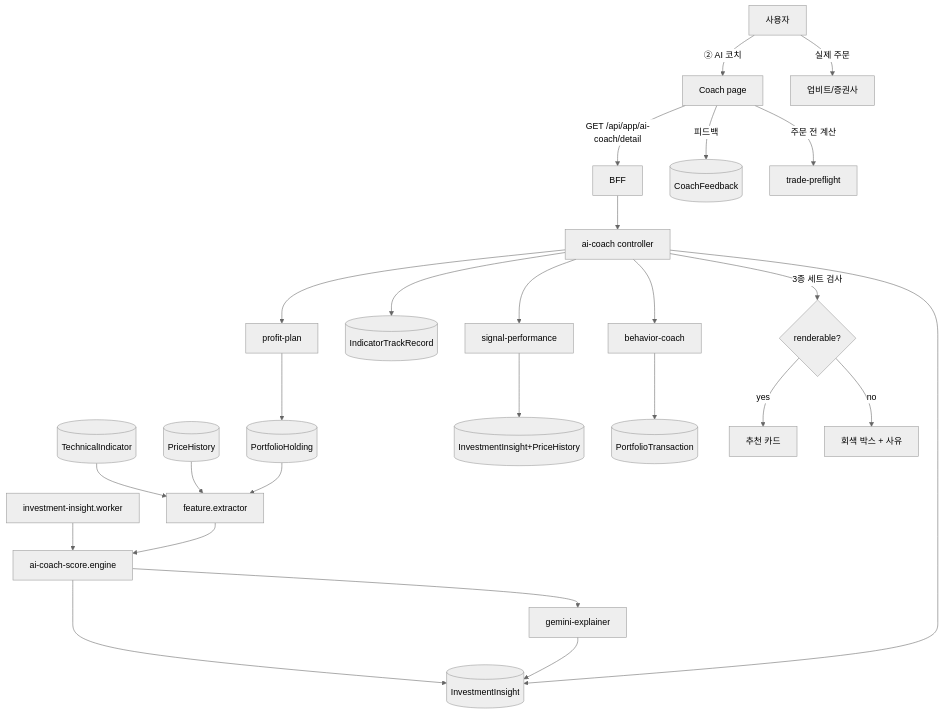
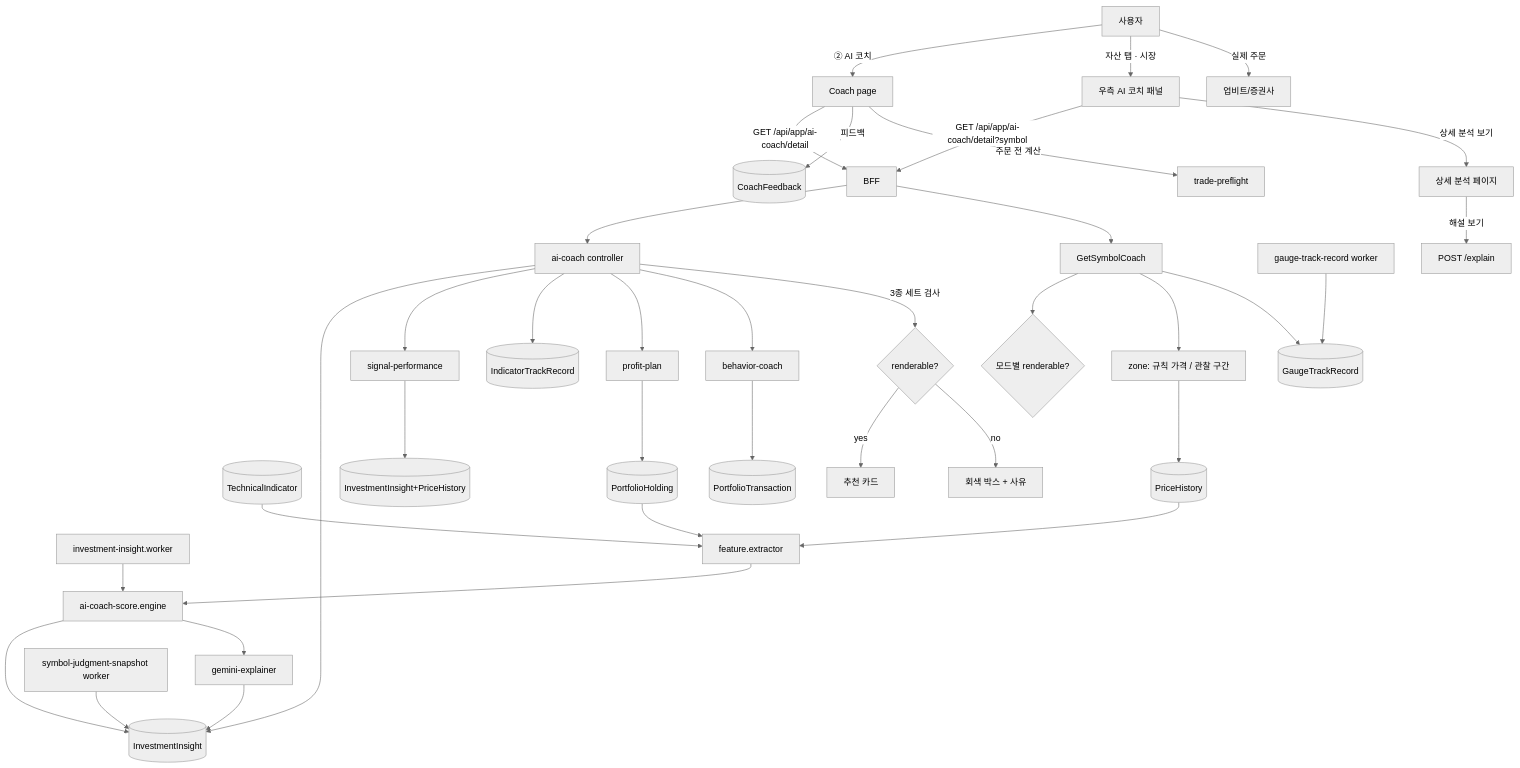
Before and after one commit to kwangyoulsagong/SALT: the diagram in pm/requirements/specs/in-progress/FEATURE-004-ai-coach-screen.md, drawn with Mermaid (neutral theme). The commit also changed other lines of this file and 20 other files, not shown here.

````diff
--- a/pm/requirements/specs/in-progress/FEATURE-004-ai-coach-screen.md
+++ b/pm/requirements/specs/in-progress/FEATURE-004-ai-coach-screen.md
@@ -195,26 +295,36 @@
 ```mermaid
 flowchart TB
   W[investment-insight.worker] --> SE[ai-coach-score.engine]
   FX[feature.extractor] --> SE
   TI[(TechnicalIndicator)] --> FX
   PH[(PriceHistory)] --> FX
   PHD[(PortfolioHolding)] --> FX
   SE --> II[(InvestmentInsight)]
   SE --> GEM[gemini-explainer] --> II
 
   U[사용자] -->|② AI 코치| FE[Coach page]
   FE -->|GET /api/app/ai-coach/detail| BFF --> AC[ai-coach controller]
   AC --> II
   AC --> SP[signal-performance] --> SPD[(InvestmentInsight+PriceHistory)]
   AC --> TR[(IndicatorTrackRecord)]
   AC --> PP[profit-plan] --> PHD
   AC --> BC[behavior-coach] --> TXN[(PortfolioTransaction)]
 
   AC -->|3종 세트 검사| G{renderable?}
   G -->|yes| CARD[추천 카드]
   G -->|no| BLK[회색 박스 + 사유]
 
   FE -->|피드백| CF[(CoachFeedback)]
+
+  U -->|자산 탭 · 시장| P[우측 AI 코치 패널]
+  P -->|GET /api/app/ai-coach/detail?symbol| BFF
+  BFF --> SC[GetSymbolCoach] --> G2{모드별 renderable?}
+  SC --> ZN[zone: 규칙 가격 / 관찰 구간] --> PH
+  SC --> GTR[(GaugeTrackRecord)]
+  SNAP[symbol-judgment-snapshot worker] --> II
+  GW[gauge-track-record worker] --> GTR
+  P -->|상세 분석 보기| D[상세 분석 페이지]
+  D -->|해설 보기| EX[POST /explain]
   FE -->|주문 전 계산| TP[trade-preflight]
   U -->|실제 주문| EXT[업비트/증권사]
 ```
````
